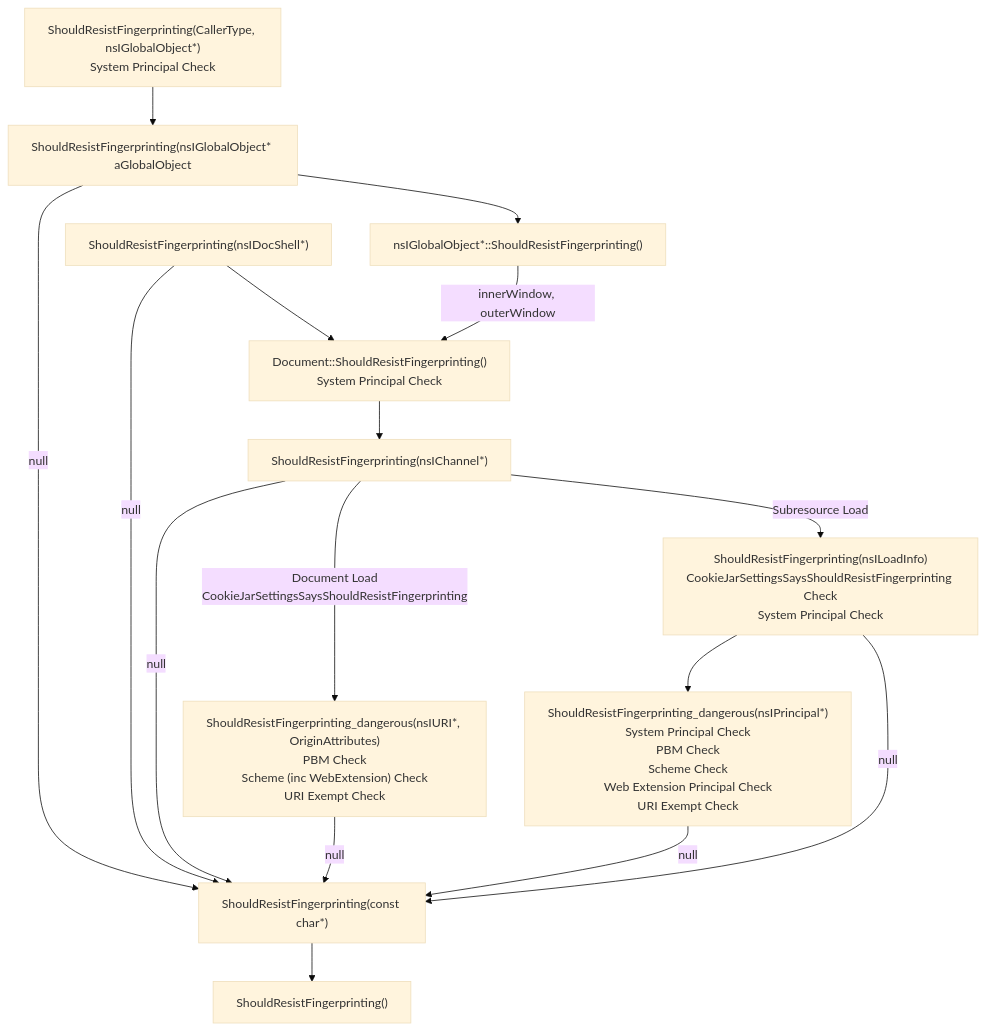
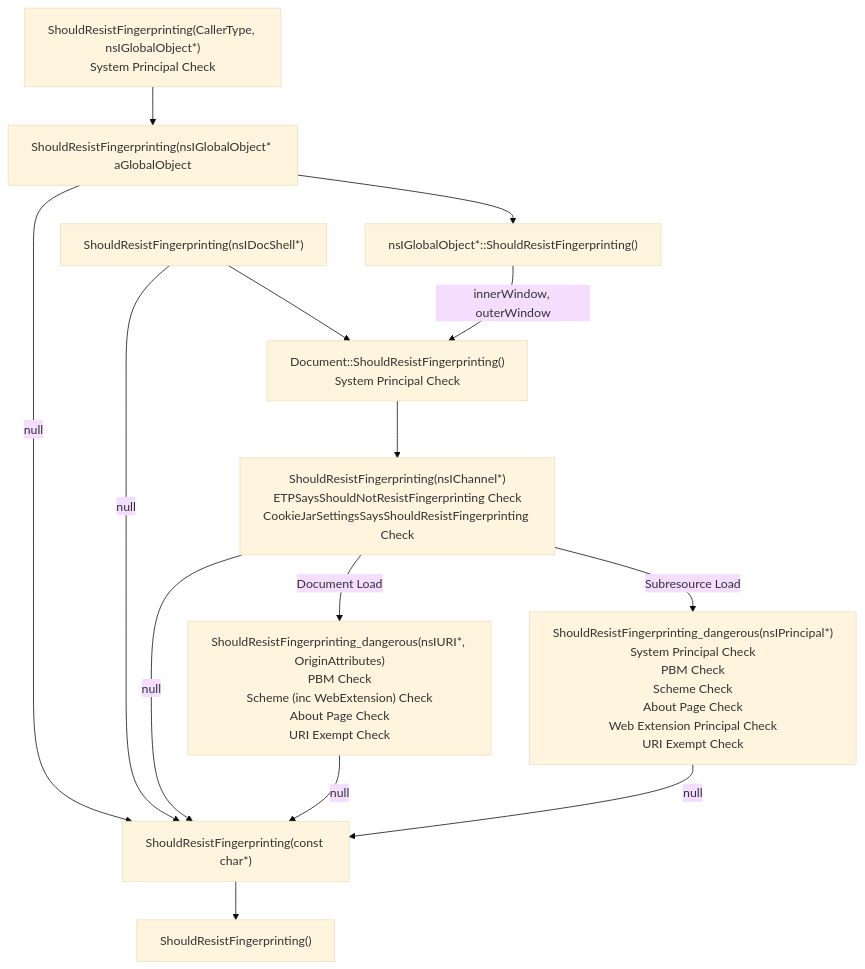
The diagram in toolkit/components/resistfingerprinting/docs/implementation.rst (caugner/firefox-releases), drawn with Mermaid (base theme) before and after one commit. The commit also changed 19308 other files, not shown here.

```diff
--- a/toolkit/components/resistfingerprinting/docs/implementation.rst
+++ b/toolkit/components/resistfingerprinting/docs/implementation.rst
@@ -9,60 +9,54 @@
 .. mermaid::
 
 	graph TD
 	  SRFP["ShouldResistFingerprinting()"]
 	  click SRFP href "https://searchfox.org/mozilla-central/search?q=symbol:_ZN14nsContentUtils26ShouldResistFingerprintingEN7mozilla9RFPTargetE&redirect=false"
 
 	  SRGP_GO["ShouldResistFingerprinting(nsIGlobalObject* aGlobalObject"]
 	  click SRGP_GO href "https://searchfox.org/mozilla-central/search?q=symbol:_ZN14nsContentUtils26ShouldResistFingerprintingEP15nsIGlobalObjectN7mozilla9RFPTargetE&redirect=false"
 
 	  GO_SRFP["nsIGlobalObject*::ShouldResistFingerprinting()"]
 	  click GO_SRFP href "https://searchfox.org/mozilla-central/search?q=symbol:_ZNK15nsIGlobalObject26ShouldResistFingerprintingEN7mozilla9RFPTargetE&redirect=false"
 
 	  Doc_SRFP["Document::ShouldResistFingerprinting()<br />System Principal Check"]
 	  click Doc_SRFP href "https://searchfox.org/mozilla-central/search?q=symbol:_ZNK7mozilla3dom8Document26ShouldResistFingerprintingENS_9RFPTargetE&redirect=false"
 
 	  SRFP_char["ShouldResistFingerprinting(const char*)"]
 	  click SRFP_char href "https://searchfox.org/mozilla-central/search?q=symbol:_ZN14nsContentUtils26ShouldResistFingerprintingEPKcN7mozilla9RFPTargetE&redirect=false"
 
 	  SRFP_callertype_go["ShouldResistFingerprinting(CallerType, nsIGlobalObject*)<br />System Principal Check"]
 	  click SRFP_callertype_go href "https://searchfox.org/mozilla-central/search?q=symbol:_ZN14nsContentUtils26ShouldResistFingerprintingEN7mozilla3dom10CallerTypeEP15nsIGlobalObjectNS0_9RFPTargetE&redirect=false"
 
 	  SRFP_docshell["ShouldResistFingerprinting(nsIDocShell*)"]
 	  click SRFP_docshell href "https://searchfox.org/mozilla-central/search?q=symbol:_ZN14nsContentUtils26ShouldResistFingerprintingEP11nsIDocShellN7mozilla9RFPTargetE&redirect=false"
 
-	  SRFP_channel["ShouldResistFingerprinting(nsIChannel*)"]
+	  SRFP_channel["ShouldResistFingerprinting(nsIChannel*)<br />ETPSaysShouldNotResistFingerprinting Check<br />CookieJarSettingsSaysShouldResistFingerprinting Check"]
 	  click SRFP_channel href "https://searchfox.org/mozilla-central/search?q=symbol:_ZN14nsContentUtils26ShouldResistFingerprintingEP10nsIChannelN7mozilla9RFPTargetE&redirect=false"
 
-	  SRFP_uri["ShouldResistFingerprinting_dangerous(nsIURI*, OriginAttributes)<br />PBM Check<br />Scheme (inc WebExtension) Check<br />URI Exempt Check"]
+	  SRFP_uri["ShouldResistFingerprinting_dangerous(nsIURI*, OriginAttributes)<br />PBM Check<br />Scheme (inc WebExtension) Check<br />About Page Check<br />URI Exempt Check"]
 	  click SRFP_uri href "https://searchfox.org/mozilla-central/search?q=symbol:_ZN14nsContentUtils36ShouldResistFingerprinting_dangerousEP6nsIURIRKN7mozilla16OriginAttributesEPKcNS2_9RFPTargetE&redirect=false"
 
-	  SRFP_loadinfo["ShouldResistFingerprinting(nsILoadInfo)<br />CookieJarSettingsSaysShouldResistFingerprinting Check<br />System Principal Check"]
-	  click SRFP_loadinfo href "https://searchfox.org/mozilla-central/search?q=symbol:_ZN14nsContentUtils26ShouldResistFingerprintingEP11nsILoadInfoN7mozilla9RFPTargetE&redirect=false"
-
-	  SRFP_principal["ShouldResistFingerprinting_dangerous(nsIPrincipal*)<br />System Principal Check<br />PBM Check<br />Scheme Check<br />Web Extension Principal Check<br />URI Exempt Check"]
+	  SRFP_principal["ShouldResistFingerprinting_dangerous(nsIPrincipal*)<br />System Principal Check<br />PBM Check<br />Scheme Check<br />About Page Check<br />Web Extension Principal Check<br />URI Exempt Check"]
 	  click SRFP_principal href "https://searchfox.org/mozilla-central/search?q=symbol:_ZN14nsContentUtils36ShouldResistFingerprinting_dangerousEP12nsIPrincipalPKcN7mozilla9RFPTargetE&redirect=false"
 
 
 
 
 	  SRFP_principal --> |null| SRFP_char
 
-	  SRFP_loadinfo --> SRFP_principal
-	  SRFP_loadinfo --> |null| SRFP_char
-
 	  SRFP_uri --> |null| SRFP_char
 
 	  SRFP_channel -->|null| SRFP_char
-	  SRFP_channel --> |Document Load<br />CookieJarSettingsSaysShouldResistFingerprinting| SRFP_uri
-	  SRFP_channel --> |Subresource Load| SRFP_loadinfo
+	  SRFP_channel --> |Document Load| SRFP_uri
+	  SRFP_channel --> |Subresource Load| SRFP_principal
 
 	  SRFP_docshell -->|null| SRFP_char
 	  SRFP_docshell --> Doc_SRFP
 
 	  SRFP_callertype_go --> SRGP_GO
 	  SRFP_char --> SRFP
 	  SRGP_GO -->|null| SRFP_char
 	  SRGP_GO --> GO_SRFP
 
 	  GO_SRFP --> |innerWindow, outerWindow| Doc_SRFP
 	  Doc_SRFP --> SRFP_channel
```
